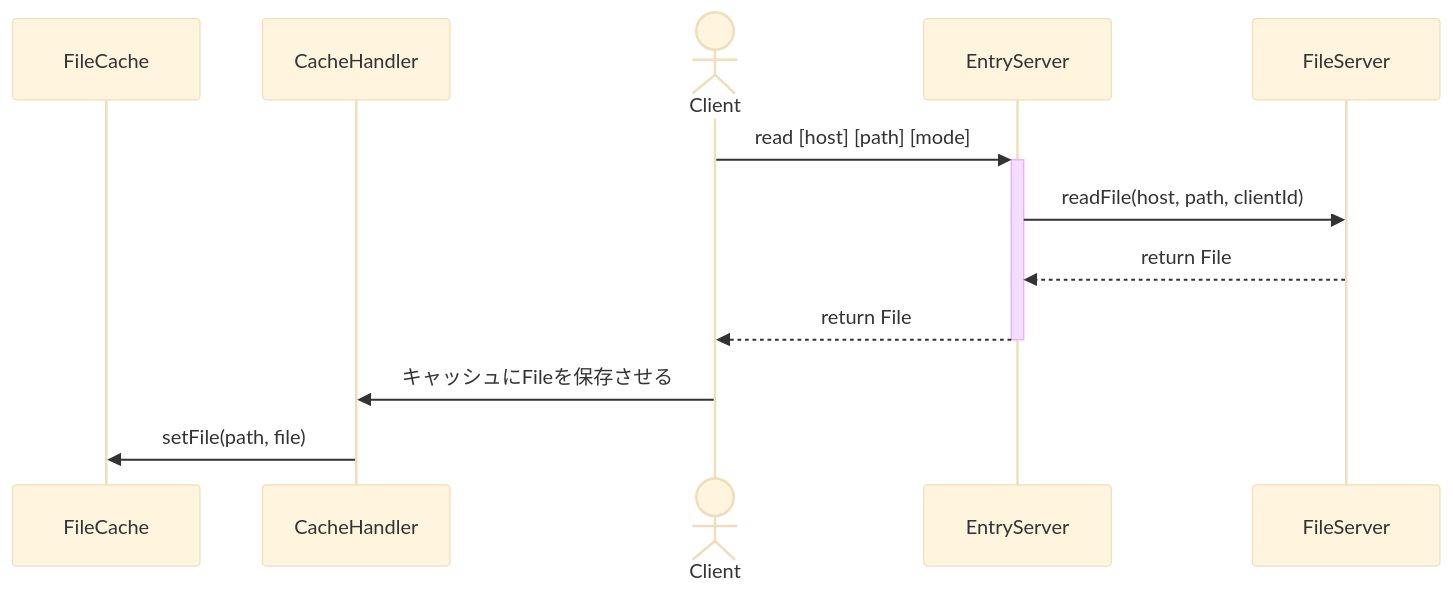
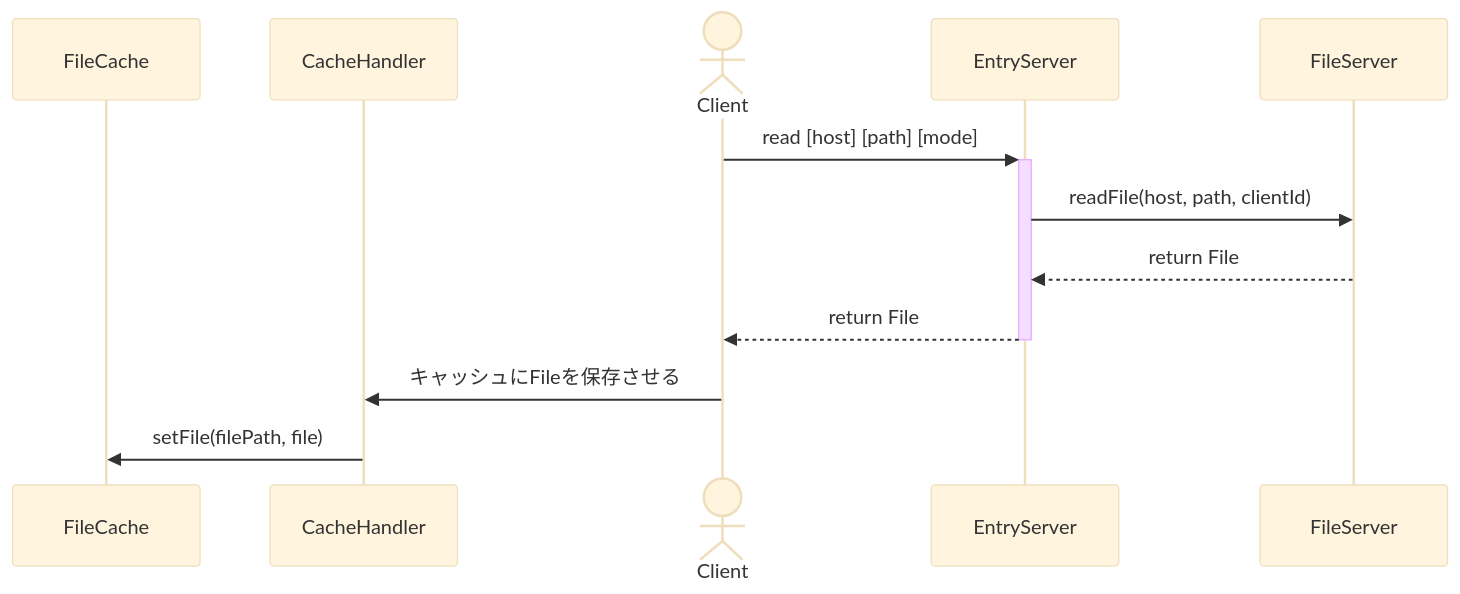
One commit to kaitokimuraofficial/distributed-file-systems changed the first of 4 diagrams in diagram/sequence.md. Above: the diagram before and after it, drawn with Mermaid (base theme). The commit also changed other lines of this file, not shown here.

````diff
--- a/diagram/sequence.md
+++ b/diagram/sequence.md
@@ -2,16 +2,16 @@
 ```mermaid
 sequenceDiagram
 
   participant FC as FileCache
   participant CH as CacheHandler
   actor C as Client
   participant ES as EntryServer　
   participant FS as FileServer
 
   C->>+ES: read [host] [path] [mode]
   ES->>FS: readFile(host, path, clientId)
   FS-->>ES: return File
   ES-->>-C: return File
   C->>CH: キャッシュにFileを保存させる
-  CH->>FC: setFile(path, file)
+  CH->>FC: setFile(filePath, file)
 ```
````
